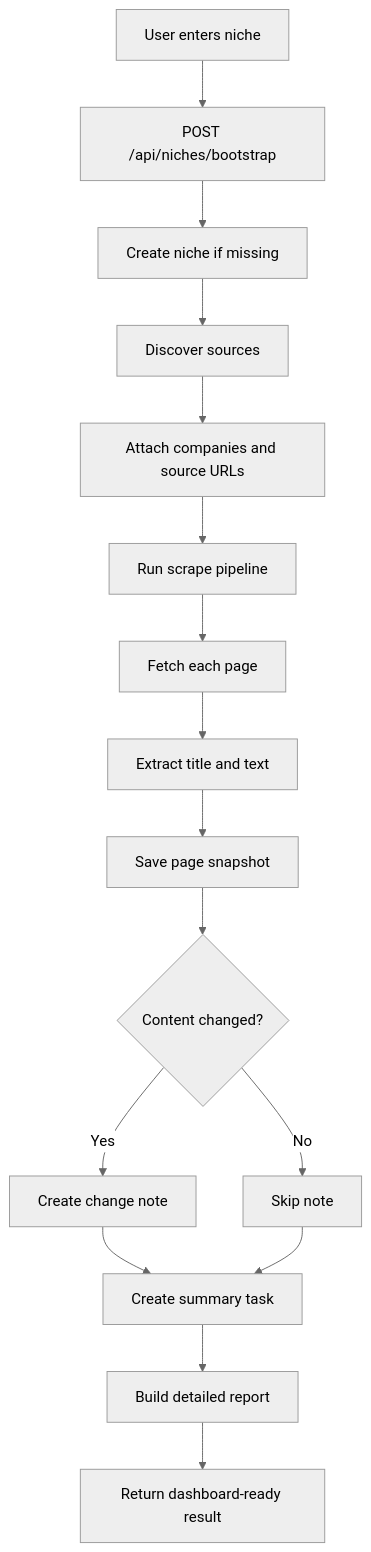
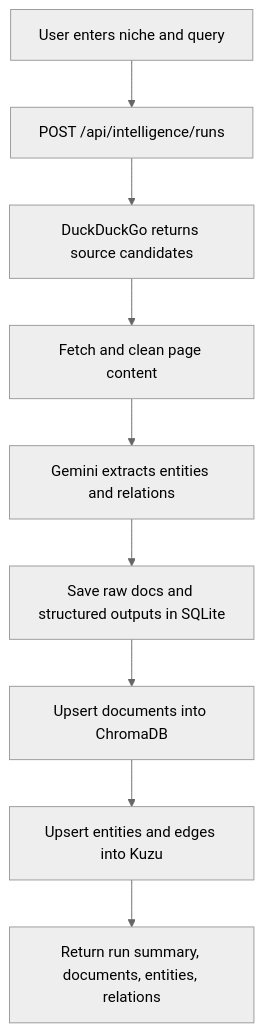
Before and after one commit to JM100855/CompetitorRecognition: the second of 3 diagrams in README.md, drawn with Mermaid (neutral theme). The commit also changed other lines of this file and 15 other files, not shown here.

````diff
--- a/README.md
+++ b/README.md
@@ -49,18 +58,11 @@
 ```mermaid
 flowchart TD
-    A[User enters niche] --> B[POST /api/niches/bootstrap]
-    B --> C[Create niche if missing]
-    C --> D[Discover sources]
-    D --> E[Attach companies and source URLs]
-    E --> F[Run scrape pipeline]
-    F --> G[Fetch each page]
-    G --> H[Extract title and text]
-    H --> I[Save page snapshot]
-    I --> J{Content changed?}
-    J -- Yes --> K[Create change note]
-    J -- No --> L[Skip note]
-    K --> M[Create summary task]
-    L --> M
-    M --> N[Build detailed report]
-    N --> O[Return dashboard-ready result]
+    A[User enters niche and query] --> B[POST /api/intelligence/runs]
+    B --> C[DuckDuckGo returns source candidates]
+    C --> D[Fetch and clean page content]
+    D --> E[Gemini extracts entities and relations]
+    E --> F[Save raw docs and structured outputs in SQLite]
+    F --> G[Upsert documents into ChromaDB]
+    G --> H[Upsert entities and edges into Kuzu]
+    H --> I[Return run summary, documents, entities, relations]
 ```
````
